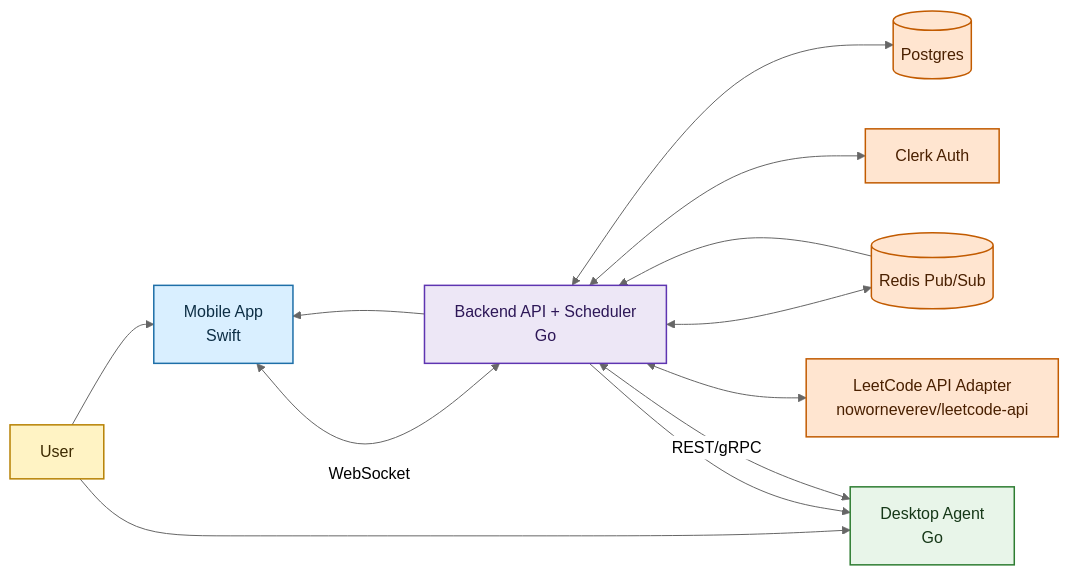
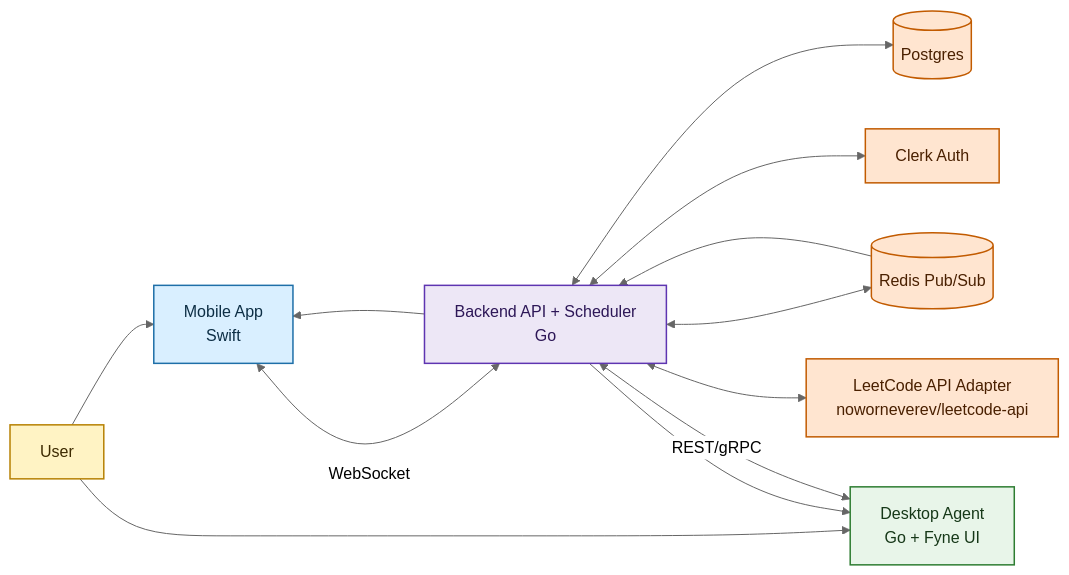
Before and after one commit to joewadk/queue_up: the first of 4 diagrams in README.md, drawn with Mermaid (neutral theme). The commit also changed other lines of this file and 3 other files, not shown here.

````diff
--- a/README.md
+++ b/README.md
@@ -23,28 +34,28 @@
 ```mermaid
 flowchart LR
     U[User] --> M[Mobile App<br/>Swift]
-    U --> D[Desktop Agent<br/>Go]
+    U --> D[Desktop Agent<br/>Go + Fyne UI]
 
     M <--> |WebSocket| B[Backend API + Scheduler<br/>Go]
     D <--> |REST/gRPC| B
     B <--> R[(Redis Pub/Sub)]
     B <--> P[(Postgres)]
     B <--> C[Clerk Auth]
     B <--> L[LeetCode API Adapter<br/>noworneverev/leetcode-api]
 
     R --> B
     B --> M
     B --> D
 
     classDef user fill:#FFF3C4,stroke:#B78103,color:#3D2A00,stroke-width:1.5px;
     classDef mobile fill:#D9EFFF,stroke:#1E6FA8,color:#0D2E45,stroke-width:1.5px;
     classDef desktop fill:#E8F5E9,stroke:#2E7D32,color:#163818,stroke-width:1.5px;
     classDef backend fill:#EDE7F6,stroke:#5E35B1,color:#2D1757,stroke-width:1.5px;
     classDef infra fill:#FFE5D0,stroke:#C25B00,color:#4A2000,stroke-width:1.5px;
 
     class U user;
     class M mobile;
     class D desktop;
     class B backend;
     class R,P,C,L infra;
 ```
````
